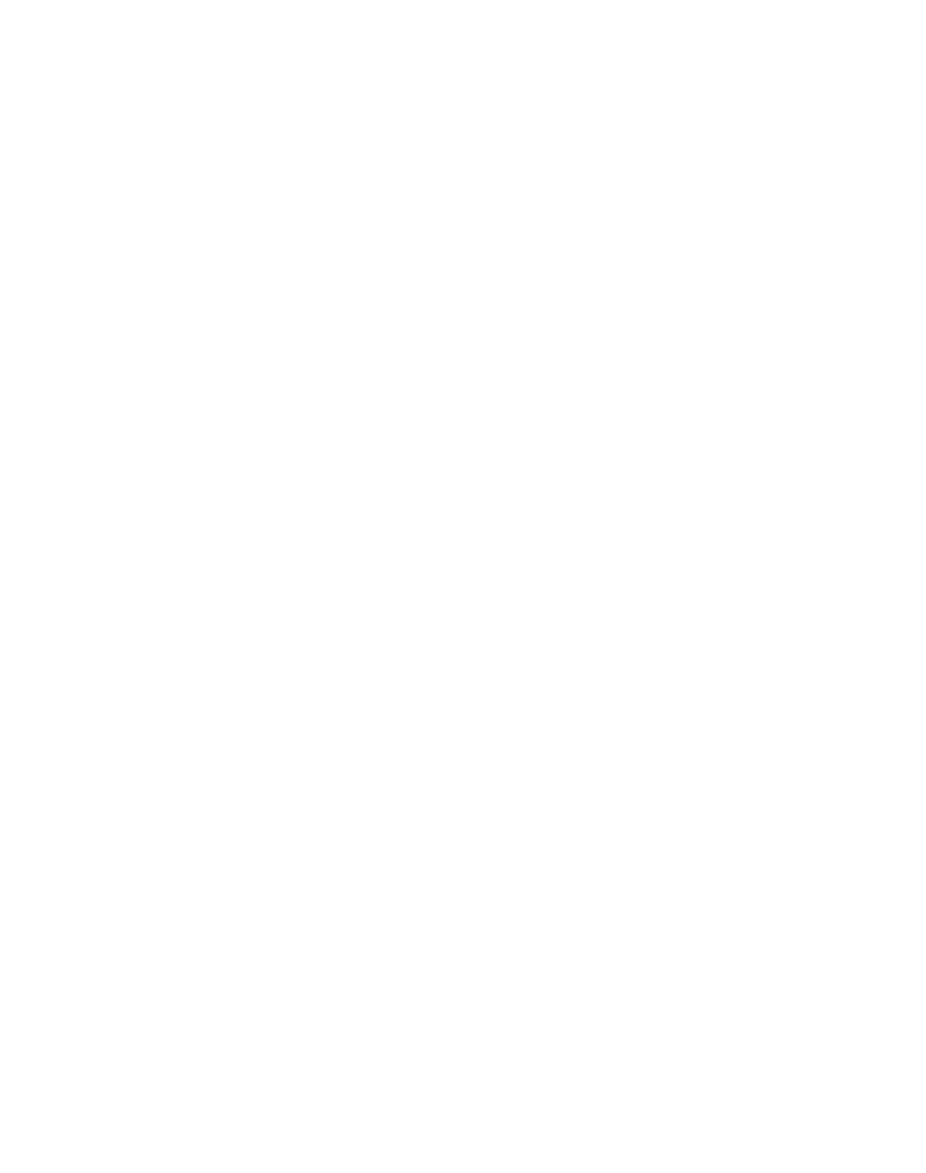
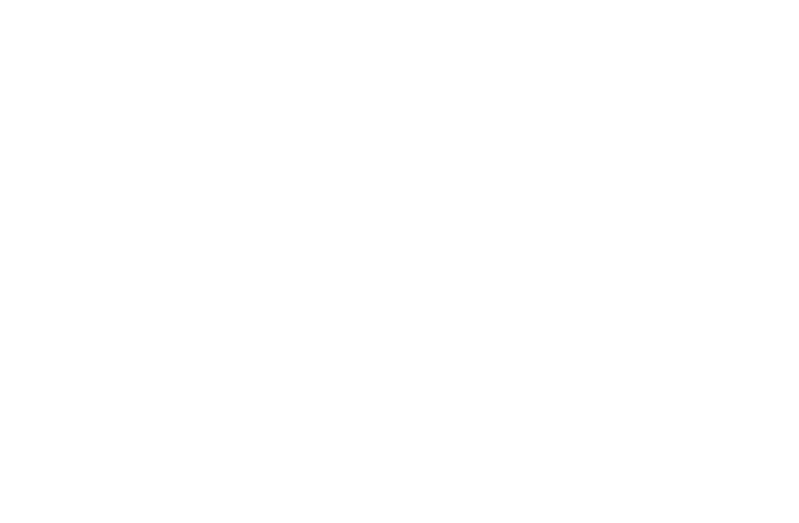
The diagram in mutex/BDD.dot (patricktjel/software_science), drawn with Graphviz before and after one commit. The commit also changed 4 other files, not shown here.

```diff
--- a/mutex/BDD.dot
+++ b/mutex/BDD.dot
@@ -1,20 +1,11 @@
 digraph "DD" {
 graph [dpi = 300];
 center = true;
 edge [dir = forward];
 root [style=invis];
-root -> 14 [style=solid];
-14 [label="1"];
-13 [label="2"];
+root -> 9223372036854775810 [style=solid];
+9223372036854775810 [label="1"];
 0 [shape=box, style=filled, label="F"];
-12 [label="11"];
-9223372036854775813 [label="21"];
-9223372036854775813 -> 9223372036854775808 [style=dashed];
-9223372036854775813 -> 0 [style=solid];
-12 -> 0 [style=dashed];
-12 -> 9223372036854775813 [style=solid];
-13 -> 0 [style=dashed];
-13 -> 12 [style=solid];
-14 -> 13 [style=dashed];
-14 -> 0 [style=solid];
+9223372036854775810 -> 9223372036854775808 [style=dashed];
+9223372036854775810 -> 0 [style=solid];
 }
```
